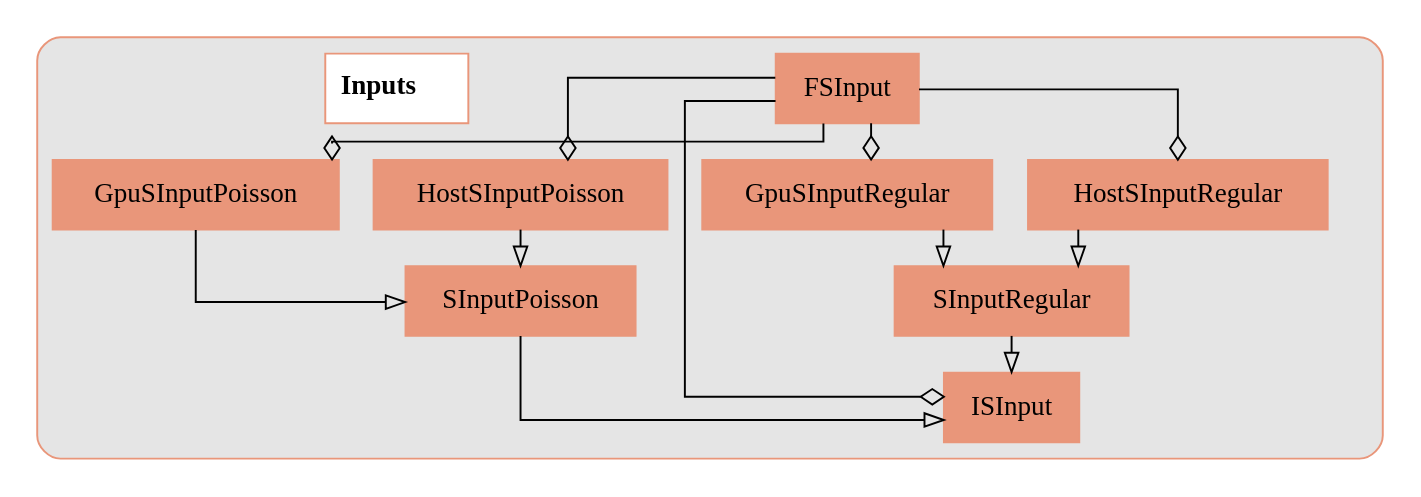
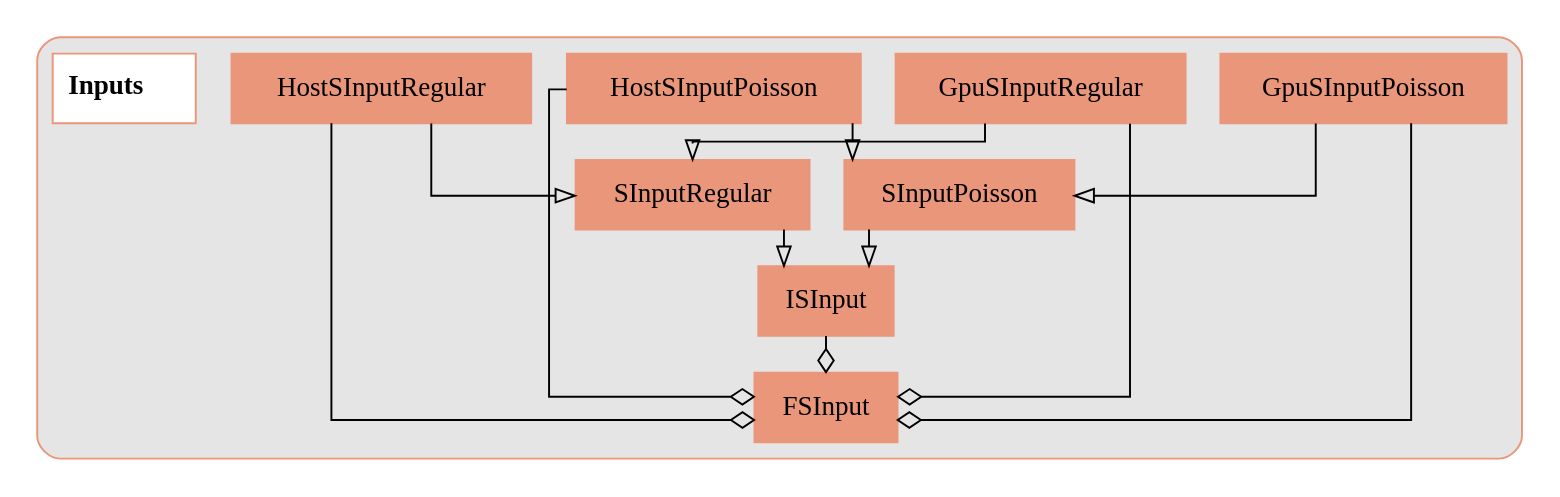
Before and after one commit to UWB-Biocomputing/BrainGrid: the diagram in Tools/DiagramGenerator/ExampleOutputs/dot_subsystems/Inputs.dot, drawn with Graphviz. The commit also changed 6 other files, not shown here.

```diff
--- a/Tools/DiagramGenerator/ExampleOutputs/dot_subsystems/Inputs.dot
+++ b/Tools/DiagramGenerator/ExampleOutputs/dot_subsystems/Inputs.dot
@@ -1,54 +1,54 @@
 digraph{
 	 graph [splines=ortho]
 
 	subgraph clusterInputs {
 		style = rounded
 		bgcolor = grey90
 		color = darksalmon
 		node [shape = record, color = darksalmon];
 
 		FSInput[label = FSInput, style = filled];
 		GpuSInputPoisson[label = GpuSInputPoisson, style = filled];
 		GpuSInputRegular[label = GpuSInputRegular, style = filled];
 		HostSInputPoisson[label = HostSInputPoisson, style = filled];
 		HostSInputRegular[label = HostSInputRegular, style = filled];
 		ISInput[label = ISInput, style = filled];
 		SInputPoisson[label = SInputPoisson, style = filled];
 		SInputRegular[label = SInputRegular, style = filled];
 		Inputs[label =< <B> Inputs</B>>, style = bold, fillcolor = white, style = filled];
 
 
 		//------LAYOUT FOR SUBGRAPH------
 
 
 		rankdir = BT; // Rank Direction Bottom to Top
 		nodesep = 1.3; // Node Separation
 		ranksep = 1.3; // Rank Separation
 
 
 		//INHERITANCE//
 
 
 		GpuSInputPoisson -> SInputPoisson [arrowhead=empty];
 
 		GpuSInputRegular -> SInputRegular [arrowhead=empty];
 
 		HostSInputPoisson -> SInputPoisson [arrowhead=empty];
 
 		HostSInputRegular -> SInputRegular [arrowhead=empty];
 
 		SInputPoisson -> ISInput [arrowhead=empty];
 
 		SInputRegular -> ISInput [arrowhead=empty];
 
 
 		//COMPOSITION//
 
 
-		FSInput -> GpuSInputPoisson [arrowhead=ediamond];
-		FSInput -> GpuSInputRegular [arrowhead=ediamond];
-		FSInput -> HostSInputPoisson [arrowhead=ediamond];
-		FSInput -> HostSInputRegular [arrowhead=ediamond];
-		FSInput -> ISInput [arrowhead=ediamond];
+		GpuSInputPoisson -> FSInput [arrowhead=ediamond];
+		GpuSInputRegular -> FSInput [arrowhead=ediamond];
+		HostSInputPoisson -> FSInput [arrowhead=ediamond];
+		HostSInputRegular -> FSInput [arrowhead=ediamond];
+		ISInput -> FSInput [arrowhead=ediamond];
 	}//end subgraph Inputs
 }//end digraph
```
